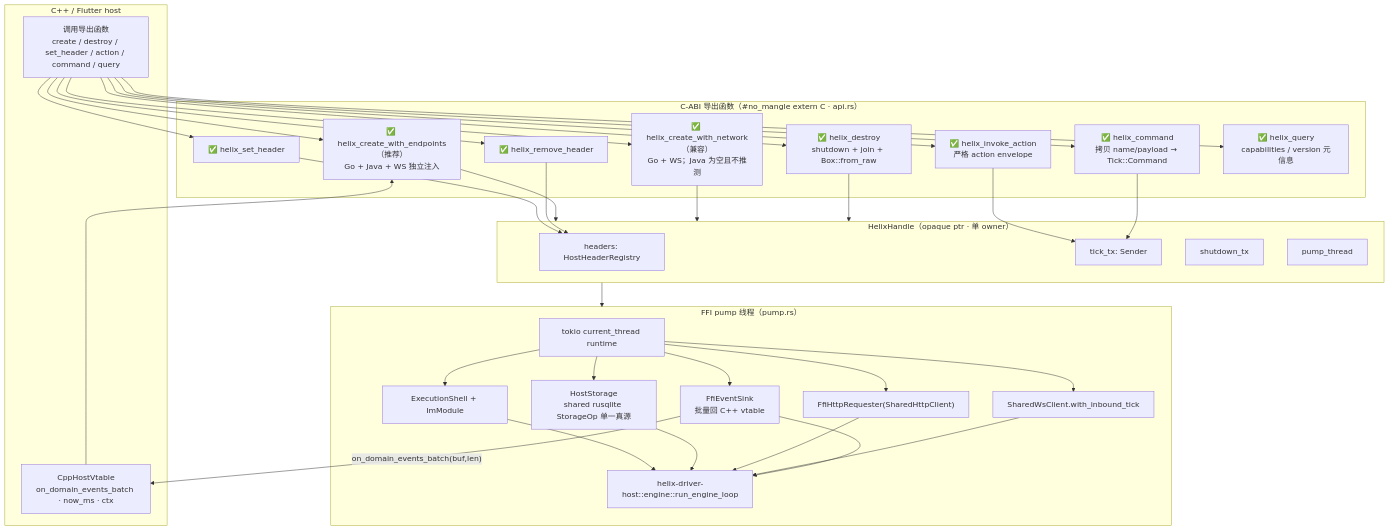
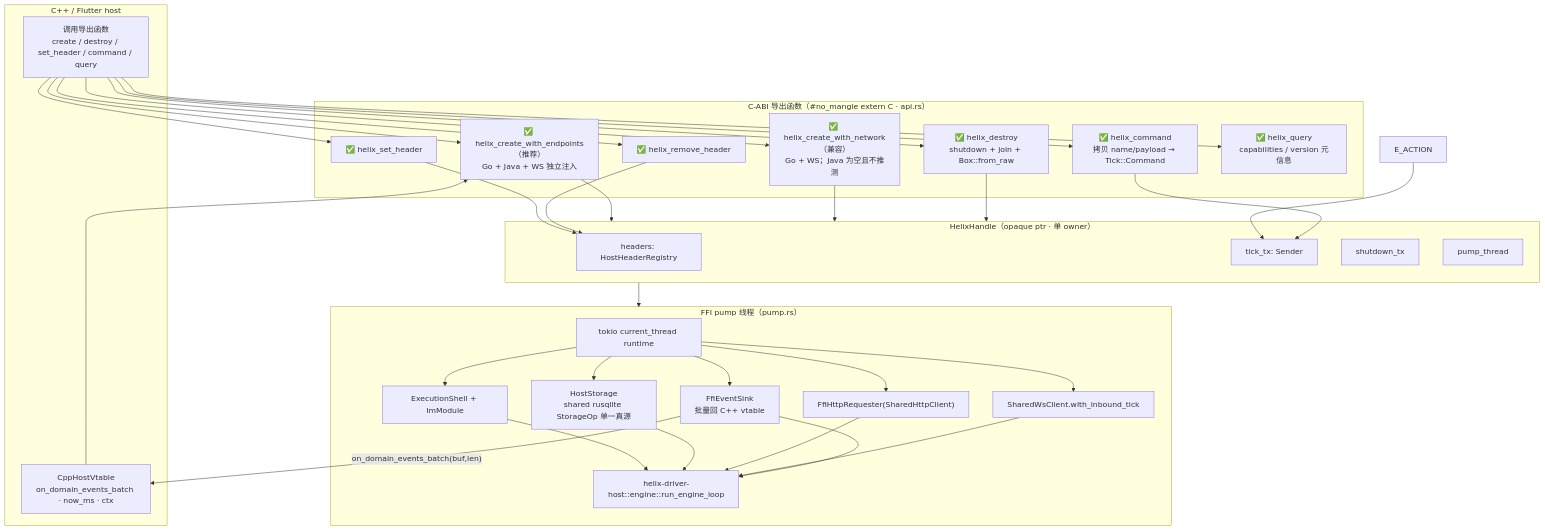
Before and after one commit to zxs1633079383/helix: the diagram in crates/helix-driver-ffi/docs/design/01-c-abi-boundary.mmd, drawn with Mermaid. The commit also changed 283 other files, not shown here.

```diff
--- a/crates/helix-driver-ffi/docs/design/01-c-abi-boundary.mmd
+++ b/crates/helix-driver-ffi/docs/design/01-c-abi-boundary.mmd
@@ -1,68 +1,66 @@
 %% helix-driver-ffi — C-ABI 边界全景（F4 后）
 %% C++/Flutter host ↔ C-ABI 导出函数 ↔ Rust pump / shared host driver
 %% 真源：crates/helix-driver-ffi/src/{api.rs,pump.rs,event_sink.rs,http.rs,vtable.rs}
 
 flowchart TD
     subgraph HOST["C++ / Flutter host"]
-        HCMD["调用导出函数<br/>create / destroy / set_header / action / command / query"]
+        HCMD["调用导出函数<br/>create / destroy / set_header / command / query"]
         HVT["CppHostVtable<br/>on_domain_events_batch · now_ms · ctx"]
     end
 
     subgraph ABI["C-ABI 导出函数（#no_mangle extern C · api.rs）"]
         E_CREATE["✅ helix_create_with_endpoints（推荐）<br/>Go + Java + WS 独立注入"]
         E_CREATE_LEGACY["✅ helix_create_with_network（兼容）<br/>Go + WS；Java 为空且不推测"]
         E_DESTROY["✅ helix_destroy<br/>shutdown + join + Box::from_raw"]
         E_SETH["✅ helix_set_header"]
         E_RMH["✅ helix_remove_header"]
-        E_ACTION["✅ helix_invoke_action<br/>严格 action envelope"]
         E_CMD["✅ helix_command<br/>拷贝 name/payload → Tick::Command"]
         E_QUERY["✅ helix_query<br/>capabilities / version 元信息"]
     end
 
     subgraph HANDLE["HelixHandle（opaque ptr · 单 owner）"]
         H_HDR["headers: HostHeaderRegistry"]
         H_TICK["tick_tx: Sender<Tick>"]
         H_SHUT["shutdown_tx"]
         H_THREAD["pump_thread"]
     end
 
     subgraph PUMP["FFI pump 线程（pump.rs）"]
         RUNTIME["tokio current_thread runtime"]
         SHELL["ExecutionShell + ImModule"]
         STORE["HostStorage<br/>shared rusqlite StorageOp 单一真源"]
         HTTP["FfiHttpRequester(SharedHttpClient)"]
         WS["SharedWsClient.with_inbound_tick"]
         SINK["FfiEventSink<br/>批量回 C++ vtable"]
         ENGINE["helix-driver-host::engine::run_engine_loop"]
     end
 
     HCMD --> E_CREATE
     HCMD --> E_CREATE_LEGACY
     HCMD --> E_SETH
     HCMD --> E_RMH
-    HCMD --> E_ACTION
     HCMD --> E_CMD
     HCMD --> E_QUERY
     HCMD --> E_DESTROY
     HVT --> E_CREATE
 
     E_CREATE --> HANDLE
     E_CREATE_LEGACY --> HANDLE
     E_DESTROY --> HANDLE
     E_SETH --> H_HDR
     E_RMH --> H_HDR
     E_ACTION --> H_TICK
     E_CMD --> H_TICK
 
     HANDLE --> PUMP
     RUNTIME --> SHELL
     RUNTIME --> STORE
     RUNTIME --> HTTP
     RUNTIME --> WS
     RUNTIME --> SINK
     SHELL --> ENGINE
     STORE --> ENGINE
     HTTP --> ENGINE
     WS --> ENGINE
     SINK --> ENGINE
     SINK -->|"on_domain_events_batch(buf,len)"| HVT
```
